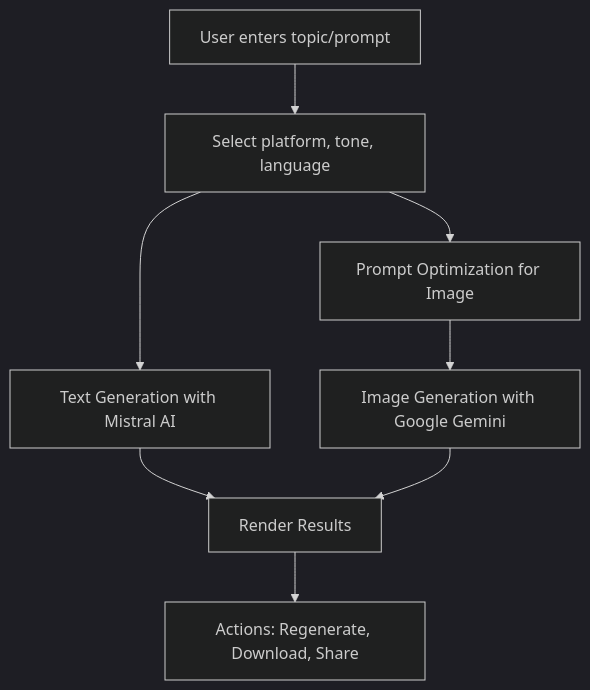
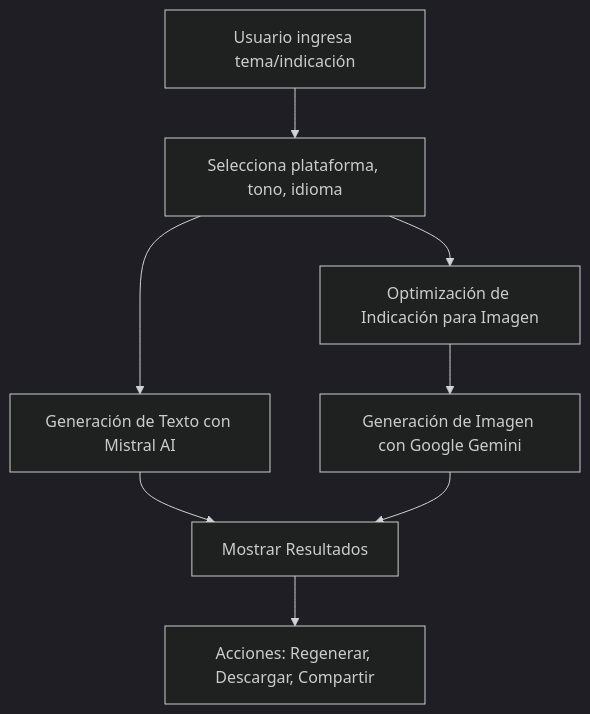
One commit to SebastianVernis/studio140 changed the diagram in README.md. Above: the diagram before and after it, drawn with Mermaid (dark theme). The commit also changed other lines of this file, not shown here.

````diff
--- a/README.md
+++ b/README.md
@@ -33,10 +32,11 @@
 ```mermaid
 flowchart TD
-    A[User enters topic/prompt] --> B[Select platform, tone, language]
-    B --> C[Text Generation with Mistral AI]
-    B --> D[Prompt Optimization for Image]
-    D --> E[Image Generation with Google Gemini]
-    C --> F[Render Results]
-    E --> F[Render Results]
-    F --> G[Actions: Regenerate, Download, Share]
+    A[Usuario ingresa tema/indicación] --> B[Selecciona plataforma, tono, idioma]
+    B --> C[Generación de Texto con Mistral AI]
+    B --> D[Optimización de Indicación para Imagen]
+    D --> E[Generación de Imagen con Google Gemini]
+    C --> F[Mostrar Resultados]
+    E --> F[Mostrar Resultados]
+    F --> G[Acciones: Regenerar, Descargar, Compartir]
+
 ```
````
